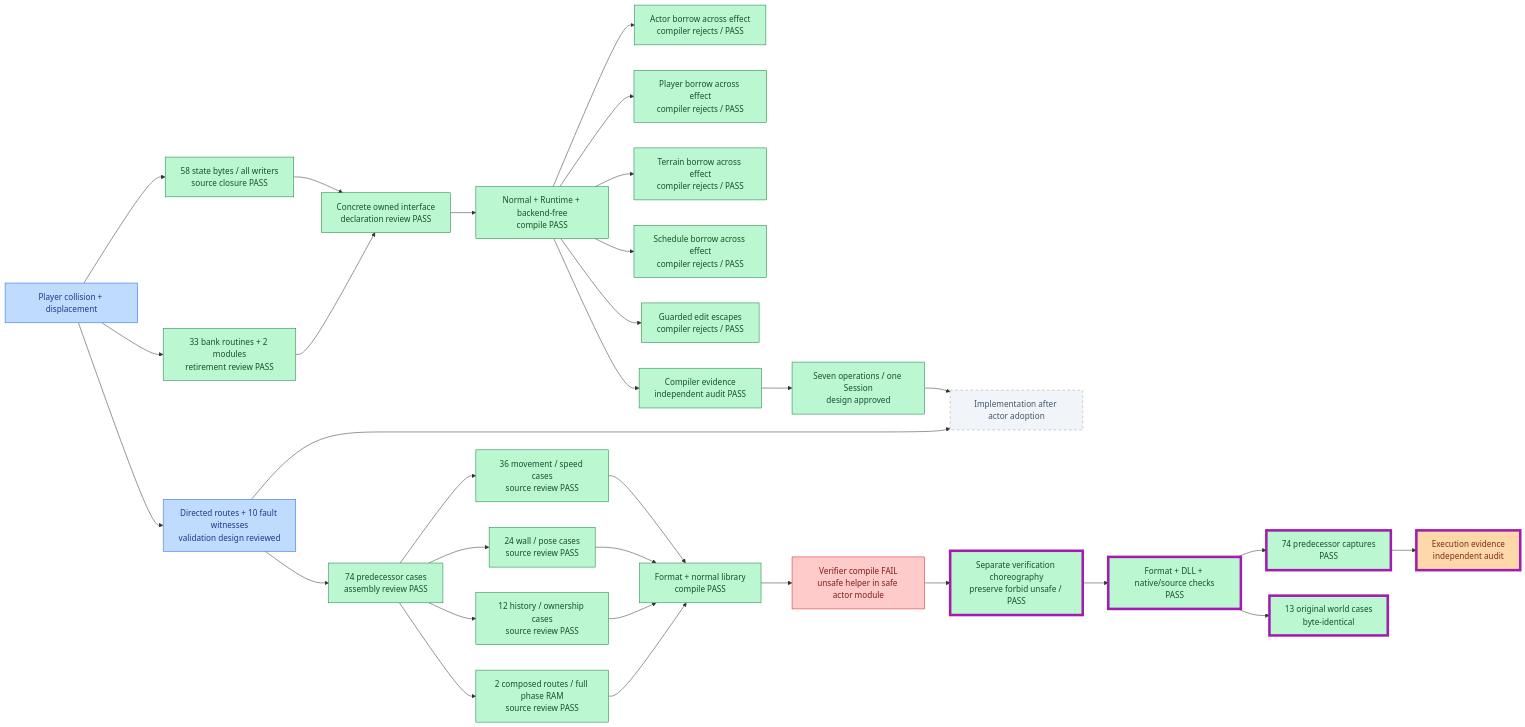
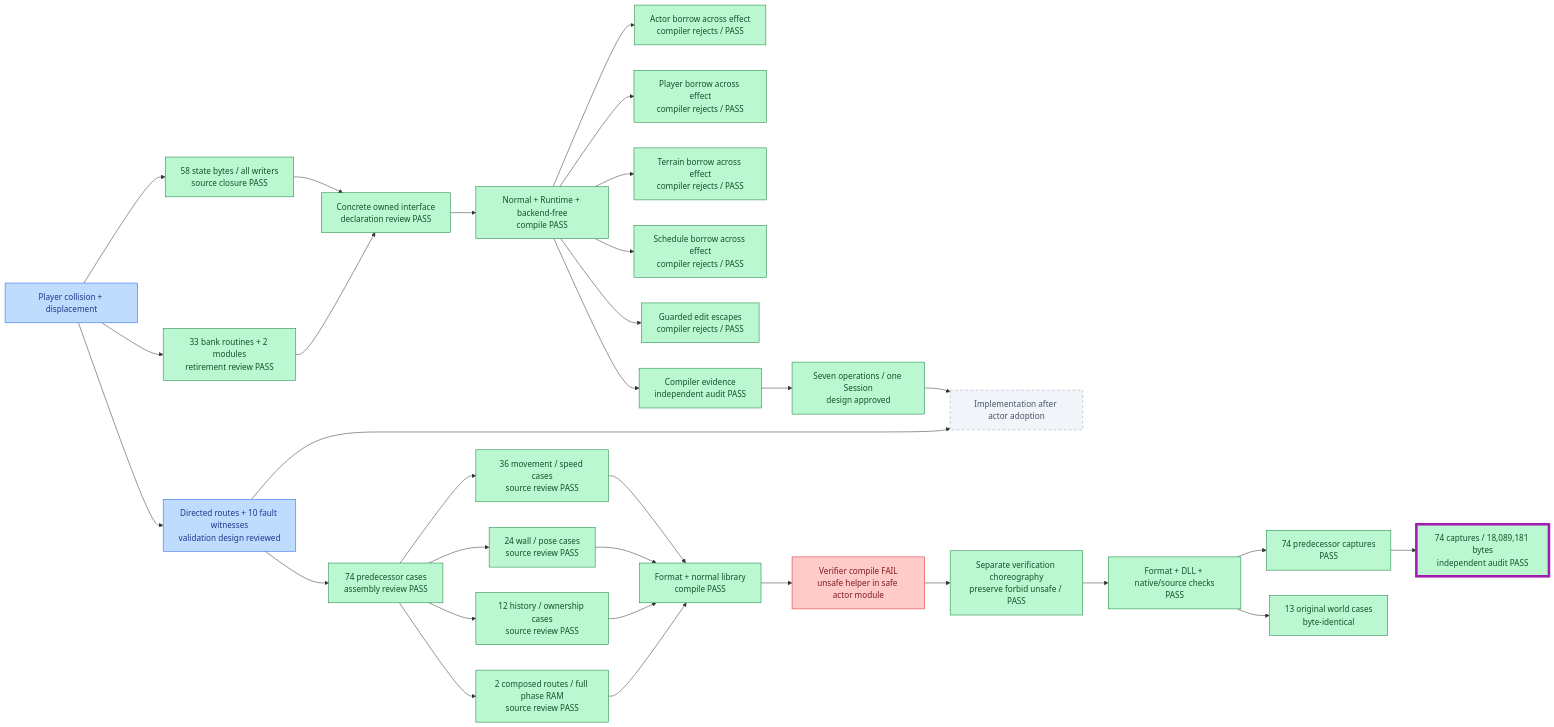
Before and after one commit to JimLundin/sm-decomp: the third of 22 diagrams in PROGRESS.md, drawn with Mermaid. The commit also changed other lines of this file and 1 other file, not shown here.

First line of the commit message:
Publish ownership witness validation and collision capture audit

````diff
--- a/PROGRESS.md
+++ b/PROGRESS.md
@@ -125,40 +126,40 @@
 ```mermaid
 flowchart LR
     PC["Player collision + displacement"]:::draft --> PS["58 state bytes / all writers<br/>source closure PASS"]:::done
     PC --> PR["33 bank routines + 2 modules<br/>retirement review PASS"]:::done
     PC --> PV["Directed routes + 10 fault witnesses<br/>validation design reviewed"]:::draft
     PS --> PD["Concrete owned interface<br/>declaration review PASS"]:::done
     PR --> PD
     PD --> PCOMP["Normal + Runtime + backend-free<br/>compile PASS"]:::done
     PCOMP --> PBA["Actor borrow across effect<br/>compiler rejects / PASS"]:::done
     PCOMP --> PBP["Player borrow across effect<br/>compiler rejects / PASS"]:::done
     PCOMP --> PBT["Terrain borrow across effect<br/>compiler rejects / PASS"]:::done
     PCOMP --> PBS["Schedule borrow across effect<br/>compiler rejects / PASS"]:::done
     PCOMP --> PBE["Guarded edit escapes<br/>compiler rejects / PASS"]:::done
     PCOMP --> PAUDIT["Compiler evidence<br/>independent audit PASS"]:::done
     PAUDIT --> PAP["Seven operations / one Session<br/>design approved"]:::done
     PAP --> PI["Implementation after actor adoption"]:::pending
     PV --> PI
     PV --> PREF["74 predecessor cases<br/>assembly review PASS"]:::done
     PREF --> PMOVE["36 movement / speed cases<br/>source review PASS"]:::done
     PREF --> PPOSE["24 wall / pose cases<br/>source review PASS"]:::done
     PREF --> POWN["12 history / ownership cases<br/>source review PASS"]:::done
     PREF --> PROUTE["2 composed routes / full phase RAM<br/>source review PASS"]:::done
     PMOVE --> PBUILD["Format + normal library<br/>compile PASS"]:::done
     PPOSE --> PBUILD
     POWN --> PBUILD
     PROUTE --> PBUILD
     PBUILD --> PDLL["Verifier compile FAIL<br/>unsafe helper in safe actor module"]:::failed
     PDLL --> PFIX["Separate verification choreography<br/>preserve forbid unsafe / PASS"]:::done
     PFIX --> PFINAL["Format + DLL + native/source checks<br/>PASS"]:::done
     PFINAL --> PCAP["74 predecessor captures<br/>PASS"]:::done
     PFINAL --> POLD["13 original world cases<br/>byte-identical"]:::done
-    PCAP --> PEXEC["Execution evidence<br/>independent audit"]:::active
-    class PFIX,PFINAL,PCAP,POLD,PEXEC changed
+    PCAP --> PEXEC["74 captures / 18,089,181 bytes<br/>independent audit PASS"]:::done
+    class PEXEC changed
     classDef failed fill:#fecaca,stroke:#dc2626,color:#7f1d1d
     classDef done fill:#bbf7d0,stroke:#15803d,color:#14532d
     classDef draft fill:#bfdbfe,stroke:#2563eb,color:#1e3a8a
     classDef active fill:#fed7aa,stroke:#ea580c,color:#7c2d12
     classDef pending fill:#f1f5f9,stroke:#94a3b8,color:#475569,stroke-dasharray:5 5
     classDef changed stroke:#a21caf,stroke-width:5px
 ```
````
